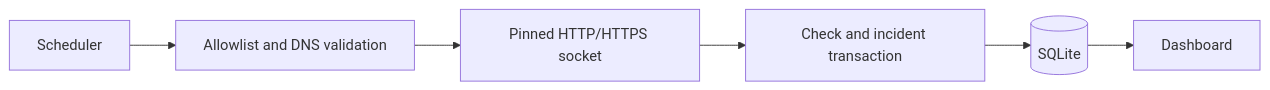
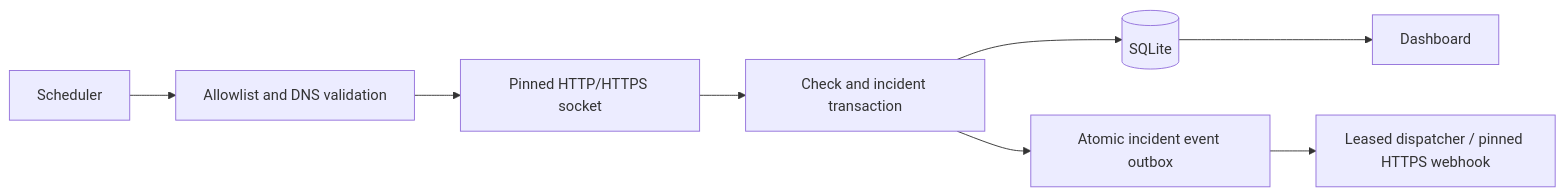
Before and after one commit to memorim/pulsewatch-service-monitor: the diagram in README.md, drawn with Mermaid. The commit also changed other lines of this file and 36 other files, not shown here.

````diff
--- a/README.md
+++ b/README.md
@@ -22,8 +23,10 @@
 ```mermaid
 flowchart LR
 Scheduler --> Probe[Allowlist and DNS validation]
 Probe --> Socket[Pinned HTTP/HTTPS socket]
 Socket --> Tx[Check and incident transaction]
 Tx --> SQLite[(SQLite)]
+Tx --> Outbox[Atomic incident event outbox]
+Outbox --> Webhook[Leased dispatcher / pinned HTTPS webhook]
 SQLite --> Dashboard
 ```
````
